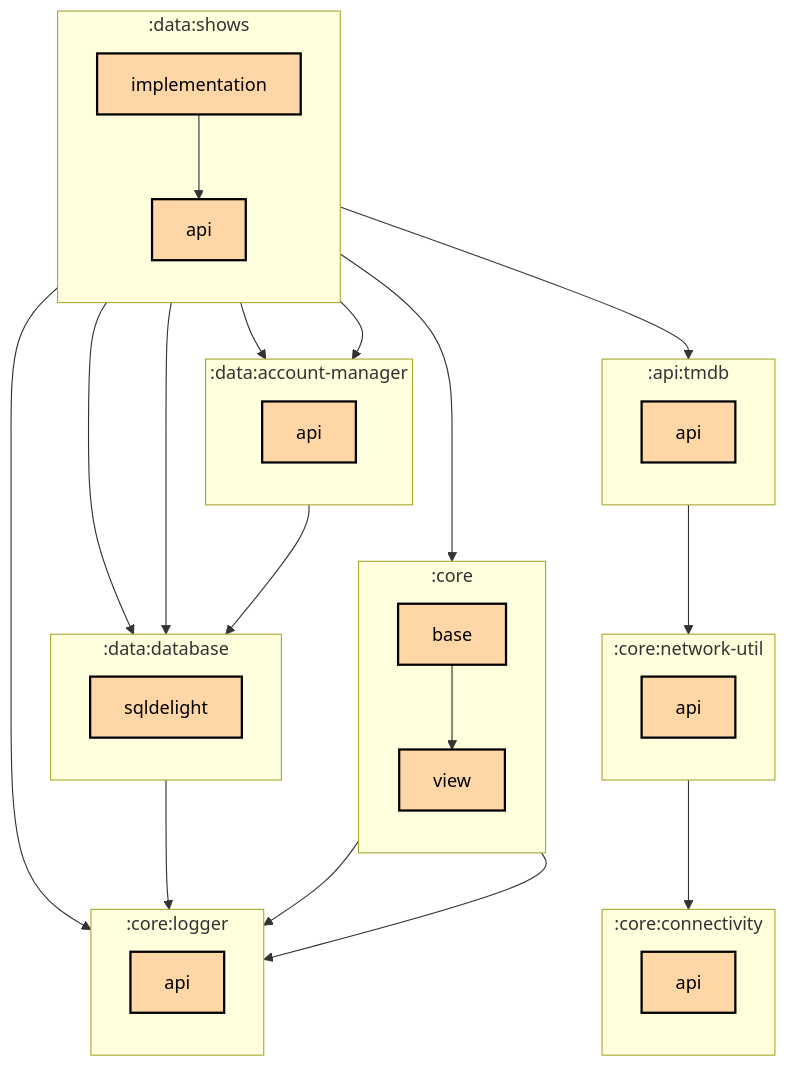
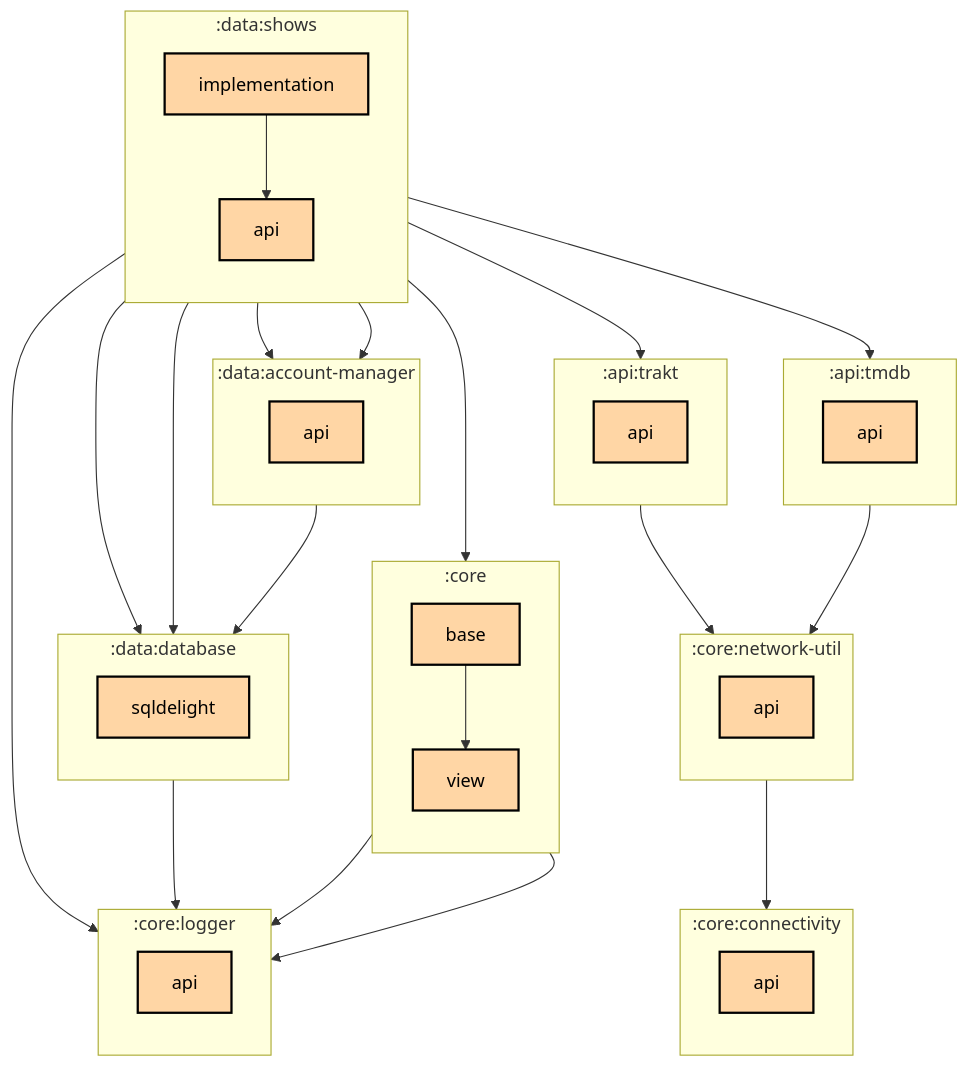
One commit to thomaskioko/tv-maniac changed the first of 2 diagrams in data/shows/implementation/README.md. Above: the diagram before and after it, drawn with Mermaid. The commit also changed 9 other files, not shown here.

Commit message:
Update the generated module graphs

````diff
--- a/data/shows/implementation/README.md
+++ b/data/shows/implementation/README.md
@@ -6,59 +6,65 @@
 ```mermaid
 graph TB
   subgraph :api:tmdb
     direction TB
     :api:tmdb:api[api]:::multiplatform
+  end
+  subgraph :api:trakt
+    direction TB
+    :api:trakt:api[api]:::multiplatform
   end
   subgraph :core
     direction TB
     :core:base[base]:::multiplatform
     :core:view[view]:::multiplatform
   end
   subgraph :core:connectivity
     direction TB
     :core:connectivity:api[api]:::multiplatform
   end
   subgraph :core:logger
     direction TB
     :core:logger:api[api]:::multiplatform
   end
   subgraph :core:network-util
     direction TB
     :core:network-util:api[api]:::multiplatform
   end
   subgraph :data:account-manager
     direction TB
     :data:account-manager:api[api]:::multiplatform
   end
   subgraph :data:database
     direction TB
     :data:database:sqldelight[sqldelight]:::multiplatform
   end
   subgraph :data:shows
     direction TB
     :data:shows:api[api]:::multiplatform
     :data:shows:implementation[implementation]:::multiplatform
   end
 
   :api:tmdb:api --> :core:network-util:api
+  :api:trakt:api --> :core:network-util:api
   :core:base --> :core:logger:api
   :core:base --> :core:view
   :core:network-util:api --> :core:connectivity:api
   :core:view --> :core:logger:api
   :data:account-manager:api --> :data:database:sqldelight
   :data:database:sqldelight --> :core:logger:api
   :data:shows:api --> :data:account-manager:api
   :data:shows:api --> :data:database:sqldelight
   :data:shows:implementation --> :api:tmdb:api
+  :data:shows:implementation --> :api:trakt:api
   :data:shows:implementation --> :core:base
   :data:shows:implementation --> :core:logger:api
   :data:shows:implementation --> :data:account-manager:api
   :data:shows:implementation --> :data:database:sqldelight
   :data:shows:implementation --> :data:shows:api
 
 classDef application fill:#CAFFBF,stroke:#000,stroke-width:2px,color:#000;
 classDef multiplatform fill:#FFD6A5,stroke:#000,stroke-width:2px,color:#000;
 classDef android-library fill:#9BF6FF,stroke:#000,stroke-width:2px,color:#000;
 classDef jvm-library fill:#BDB2FF,stroke:#000,stroke-width:2px,color:#000;
 classDef unknown fill:#FFADAD,stroke:#000,stroke-width:2px,color:#000;
 ```
````
